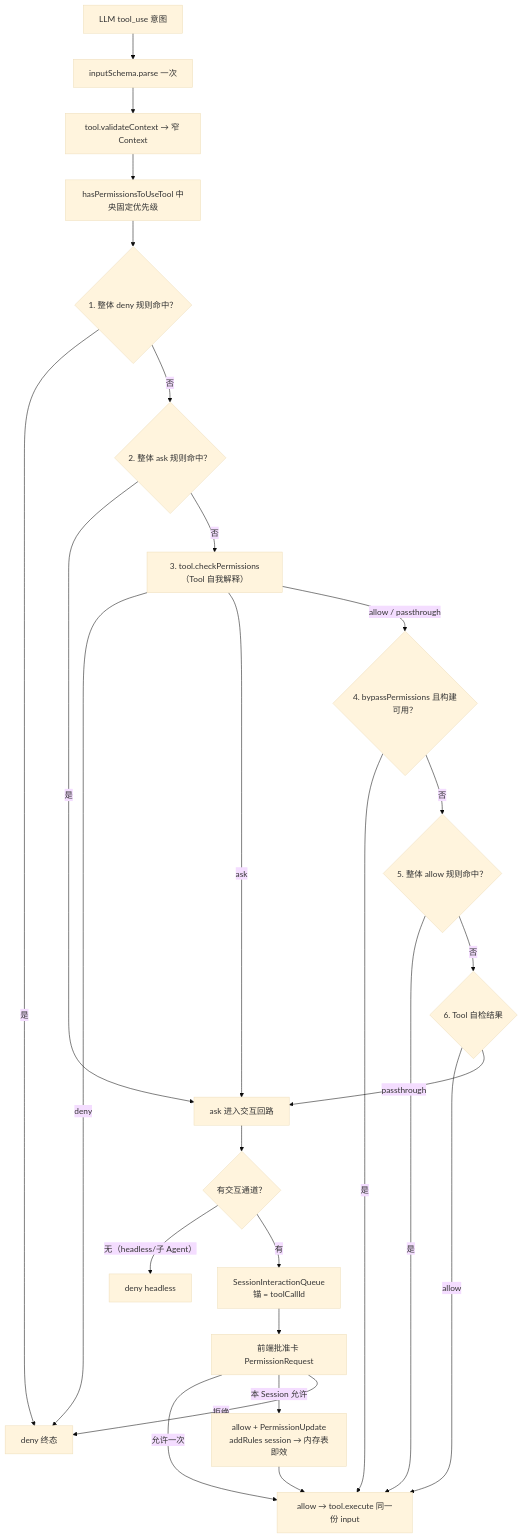
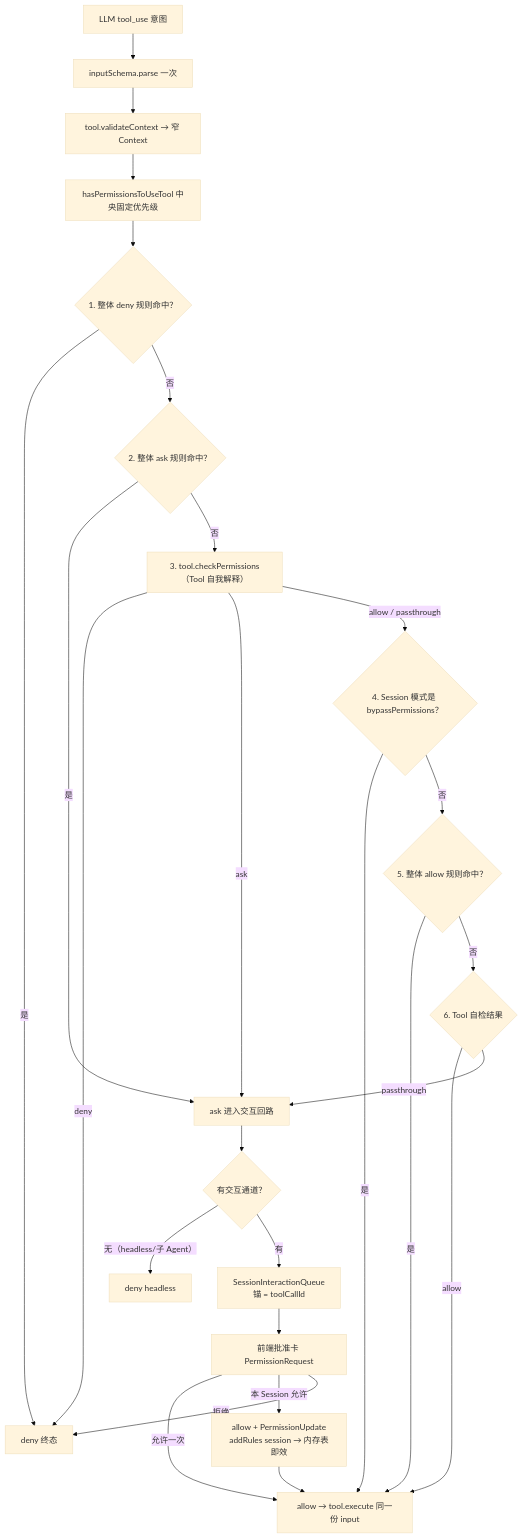
Before and after one commit to chengyuZou/EmaAgent: the diagram in src/permission/README.md, drawn with Mermaid (base theme). The commit also changed other lines of this file and 40 other files, not shown here.

````diff
--- a/src/permission/README.md
+++ b/src/permission/README.md
@@ -14,28 +14,28 @@
 ```mermaid
 flowchart TD
     A[LLM tool_use 意图] --> B[inputSchema.parse 一次]
     B --> C[tool.validateContext → 窄 Context]
     C --> D[hasPermissionsToUseTool 中央固定优先级]
     D --> D1{"1. 整体 deny 规则命中？"}
     D1 -->|是| Z[deny 终态]
     D1 -->|否| D2{"2. 整体 ask 规则命中？"}
     D2 -->|是| ASK[ask 进入交互回路]
     D2 -->|否| D3["3. tool.checkPermissions（Tool 自我解释）"]
     D3 -->|deny| Z
     D3 -->|ask| ASK
-    D3 -->|"allow / passthrough"| D4{"4. bypassPermissions 且构建可用？"}
+    D3 -->|"allow / passthrough"| D4{"4. Session 模式是 bypassPermissions？"}
     D4 -->|是| ALLOW[allow → tool.execute 同一份 input]
     D4 -->|否| D5{"5. 整体 allow 规则命中？"}
     D5 -->|是| ALLOW
     D5 -->|否| D6{"6. Tool 自检结果"}
     D6 -->|allow| ALLOW
     D6 -->|passthrough| ASK
     ASK --> H{有交互通道？}
     H -->|无（headless/子 Agent）| ZD[deny headless]
     H -->|有| Q[SessionInteractionQueue<br/>锚 = toolCallId]
     Q --> UI[前端批准卡 PermissionRequest]
     UI -->|允许一次| ALLOW
     UI -->|本 Session 允许| U[allow + PermissionUpdate<br/>addRules session → 内存表即效]
     UI -->|拒绝| Z
     U --> ALLOW
 ```
````
